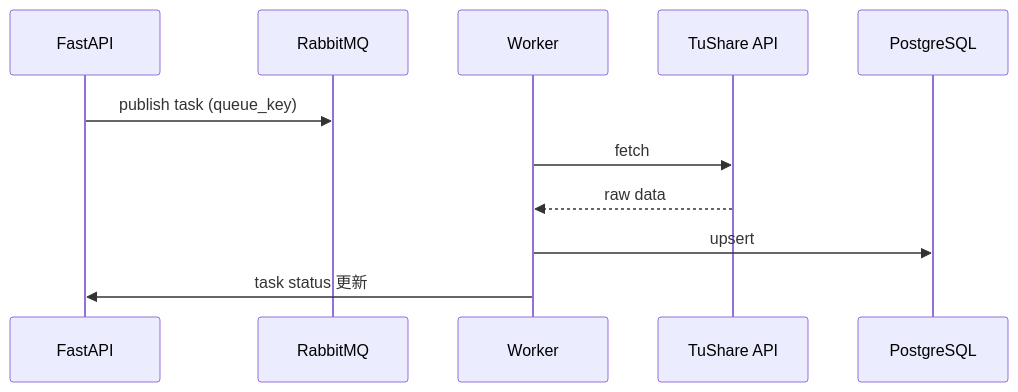
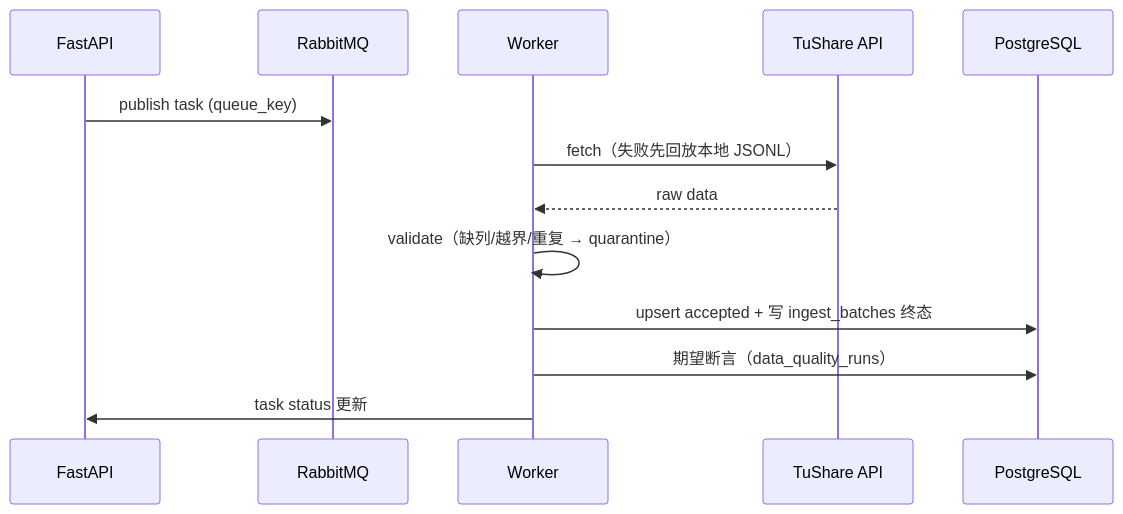
One commit to Zuixi/stock-bot changed the second of 2 diagrams in docs/architecture/backend/ARCHITECTURE.md. Above: the diagram before and after it, drawn with Mermaid. The commit also changed other lines of this file and 98 other files, not shown here.

````diff
--- a/docs/architecture/backend/ARCHITECTURE.md
+++ b/docs/architecture/backend/ARCHITECTURE.md
@@ -46,13 +46,15 @@
 ```mermaid
 sequenceDiagram
     participant API as FastAPI
     participant MQ as RabbitMQ
     participant W as Worker
     participant TS as TuShare API
     participant DB as PostgreSQL
     API->>MQ: publish task (queue_key)
-    W->>TS: fetch
+    W->>TS: fetch（失败先回放本地 JSONL）
     TS-->>W: raw data
-    W->>DB: upsert
+    W->>W: validate（缺列/越界/重复 → quarantine）
+    W->>DB: upsert accepted + 写 ingest_batches 终态
+    W->>DB: 期望断言（data_quality_runs）
     W->>API: task status 更新
 ```
````
